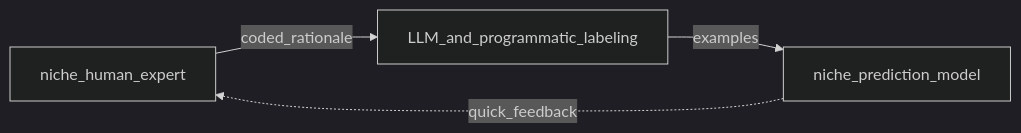
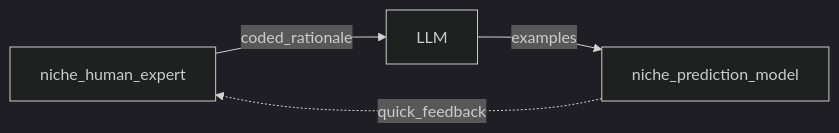
One commit to borisdev/research changed the second of 2 diagrams in tune_llms/README.md. Above: the diagram before and after it, drawn with Mermaid (dark theme). The commit also changed other lines of this file and 1 other file, not shown here.

````diff
--- a/tune_llms/README.md
+++ b/tune_llms/README.md
@@ -40,6 +40,6 @@
 ```mermaid
 flowchart LR
-    niche_human_expert-- coded_rationale -->LLM_and_programmatic_labeling
-    LLM_and_programmatic_labeling -- examples -->niche_prediction_model
+    niche_human_expert-- coded_rationale -->LLM
+    LLM -- examples -->niche_prediction_model
     niche_prediction_model-. quick_feedback .-> niche_human_expert
 ```
````
